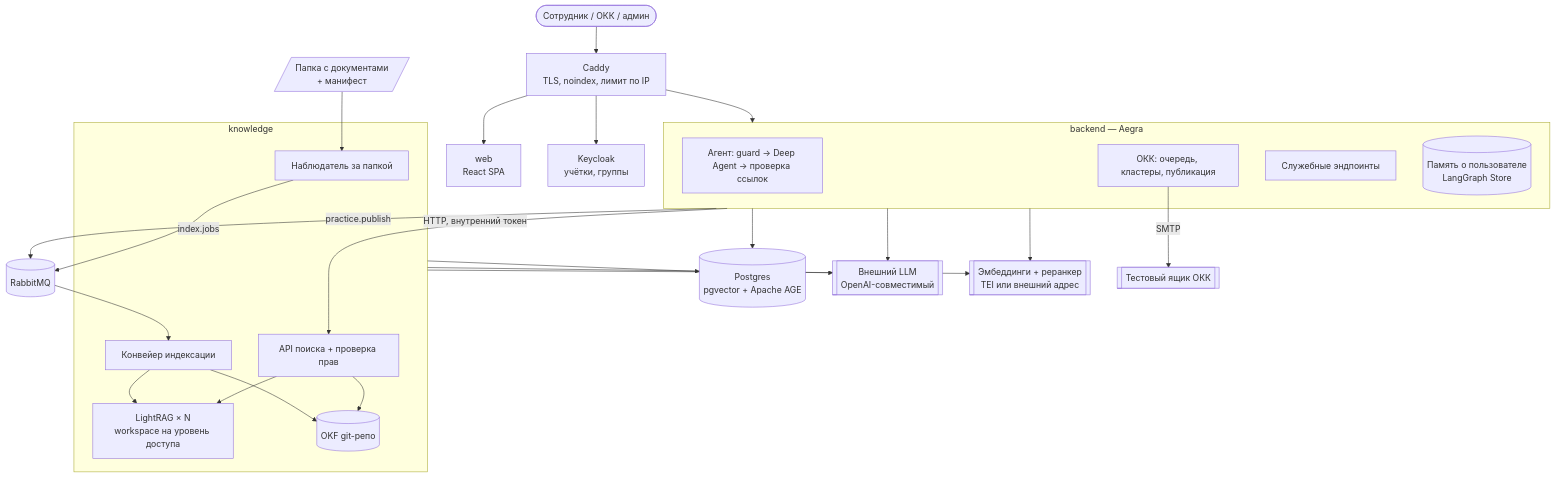
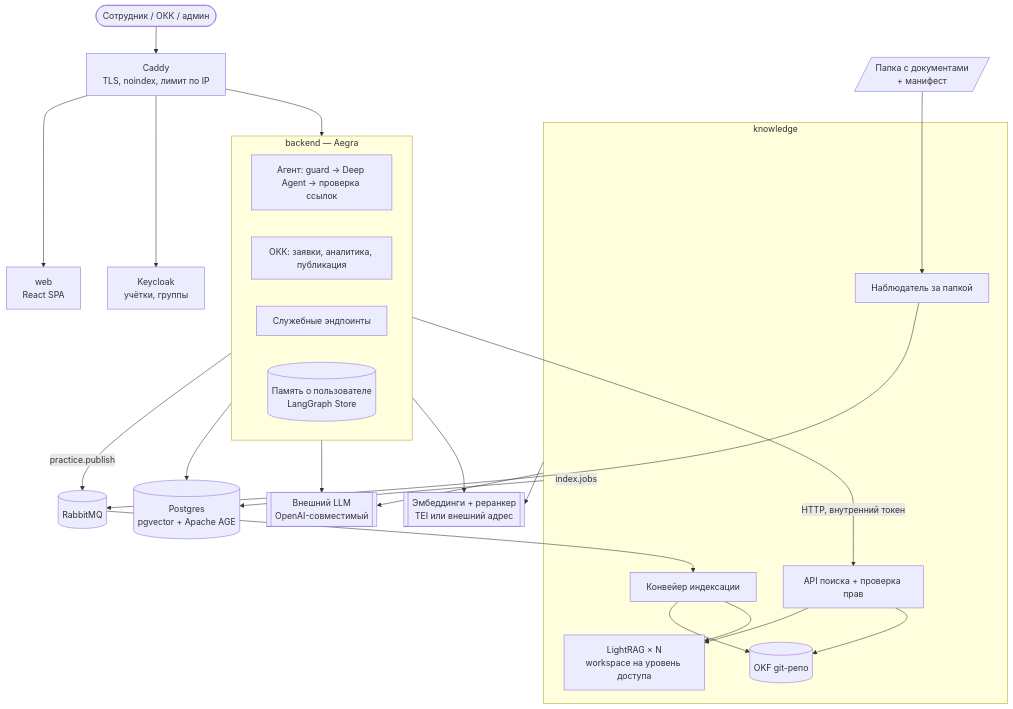
The first of 2 diagrams in dev_docs/02-architecture.md (Long-Honey-Road/document-searching), drawn with Mermaid before and after one commit. The commit also changed other lines of this file and 28 other files, not shown here.

````diff
--- a/dev_docs/02-architecture.md
+++ b/dev_docs/02-architecture.md
@@ -5,37 +5,36 @@
 ```mermaid
 flowchart TB
   user([Сотрудник / ОКК / админ]) --> proxy[Caddy<br/>TLS, noindex, лимит по IP]
   proxy --> web[web<br/>React SPA]
   proxy --> kc[Keycloak<br/>учётки, группы]
   proxy --> backend
 
   subgraph backend[backend — Aegra]
     agent[Агент: guard → Deep Agent → проверка ссылок]
-    qc[ОКК: очередь, кластеры, публикация]
+    qc[ОКК: заявки, аналитика, публикация]
     admin[Служебные эндпоинты]
     mem[(Память о пользователе<br/>LangGraph Store)]
   end
 
   subgraph knowledge[knowledge]
     watcher[Наблюдатель за папкой]
     pipeline[Конвейер индексации]
     search[API поиска + проверка прав]
     lr[LightRAG × N<br/>workspace на уровень доступа]
     okf[(OKF git-репо)]
   end
 
   backend -- HTTP, внутренний токен --> search
   backend -- practice.publish --> mq[(RabbitMQ)]
   watcher -- index.jobs --> mq
   mq --> pipeline
   pipeline --> okf
   pipeline --> lr
   search --> lr
   search --> okf
 
   backend & knowledge --> pg[(Postgres<br/>pgvector + Apache AGE)]
   backend & knowledge --> llm[[Внешний LLM<br/>OpenAI-совместимый]]
   knowledge & backend --> emb[[Эмбеддинги + реранкер<br/>TEI или внешний адрес]]
-  qc -- SMTP --> mail[[Тестовый ящик ОКК]]
   docs[/Папка с документами<br/>+ манифест/] --> watcher
 ```
````
